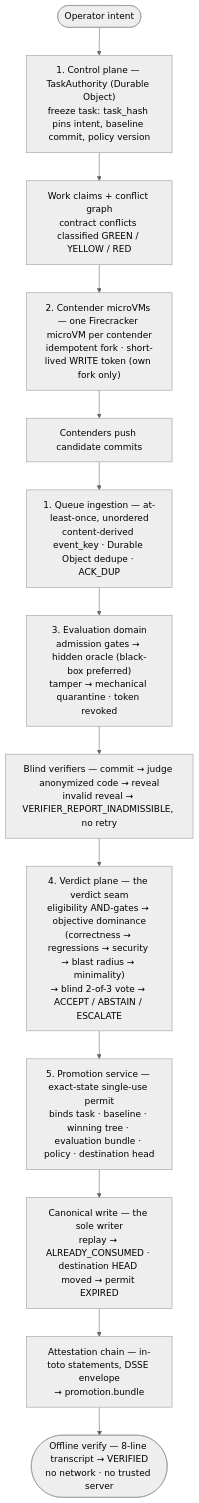
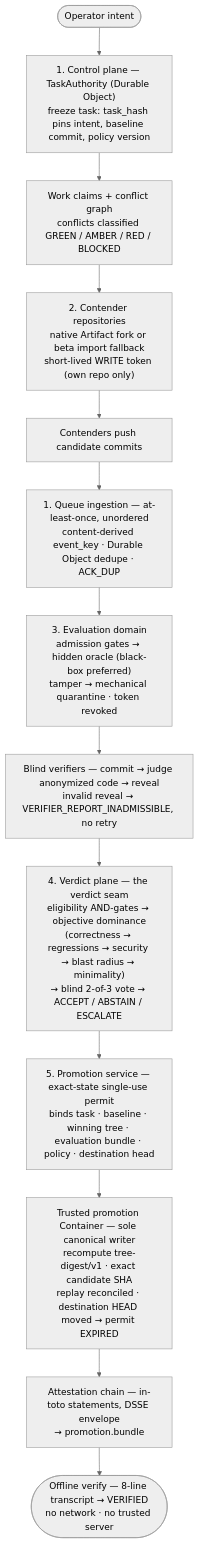
One commit to YashwanthGathuku/Madgrix changed the diagram in docs/ARCHITECTURE.md. Above: the diagram before and after it, drawn with Mermaid (neutral theme). The commit also changed other lines of this file and 24 other files, not shown here.

````diff
--- a/docs/ARCHITECTURE.md
+++ b/docs/ARCHITECTURE.md
@@ -10,15 +10,15 @@
 ```mermaid
 flowchart TB
     INTENT(["Operator intent"]) --> FREEZE["1. Control plane — TaskAuthority (Durable Object)<br/>freeze task: task_hash pins intent, baseline commit, policy version"]
-    FREEZE --> CLAIMS["Work claims + conflict graph<br/>contract conflicts classified GREEN / YELLOW / RED"]
-    CLAIMS --> FORKS["2. Contender microVMs — one Firecracker microVM per contender<br/>idempotent fork · short-lived WRITE token (own fork only)"]
+    FREEZE --> CLAIMS["Work claims + conflict graph<br/>conflicts classified GREEN / AMBER / RED / BLOCKED"]
+    CLAIMS --> FORKS["2. Contender repositories<br/>native Artifact fork or beta import fallback<br/>short-lived WRITE token (own repo only)"]
     FORKS --> PUSH["Contenders push candidate commits"]
     PUSH --> QUEUE["1. Queue ingestion — at-least-once, unordered<br/>content-derived event_key · Durable Object dedupe · ACK_DUP"]
     QUEUE --> EVAL["3. Evaluation domain<br/>admission gates → hidden oracle (black-box preferred)<br/>tamper → mechanical quarantine · token revoked"]
     EVAL --> VER["Blind verifiers — commit → judge anonymized code → reveal<br/>invalid reveal → VERIFIER_REPORT_INADMISSIBLE, no retry"]
     VER --> SEAM["4. Verdict plane — the verdict seam<br/>eligibility AND-gates → objective dominance<br/>(correctness → regressions → security → blast radius → minimality)<br/>→ blind 2-of-3 vote → ACCEPT / ABSTAIN / ESCALATE"]
     SEAM --> PERMIT["5. Promotion service — exact-state single-use permit<br/>binds task · baseline · winning tree · evaluation bundle · policy · destination head"]
-    PERMIT --> PROMOTE["Canonical write — the sole writer<br/>replay → ALREADY_CONSUMED · destination HEAD moved → permit EXPIRED"]
+    PERMIT --> PROMOTE["Trusted promotion Container — sole canonical writer<br/>recompute tree-digest/v1 · exact candidate SHA<br/>replay reconciled · destination HEAD moved → permit EXPIRED"]
     PROMOTE --> ATTEST["Attestation chain — in-toto statements, DSSE envelope<br/>→ promotion.bundle"]
     ATTEST --> OFFLINE(["Offline verify — 8-line transcript → VERIFIED<br/>no network · no trusted server"])
 ```
````
